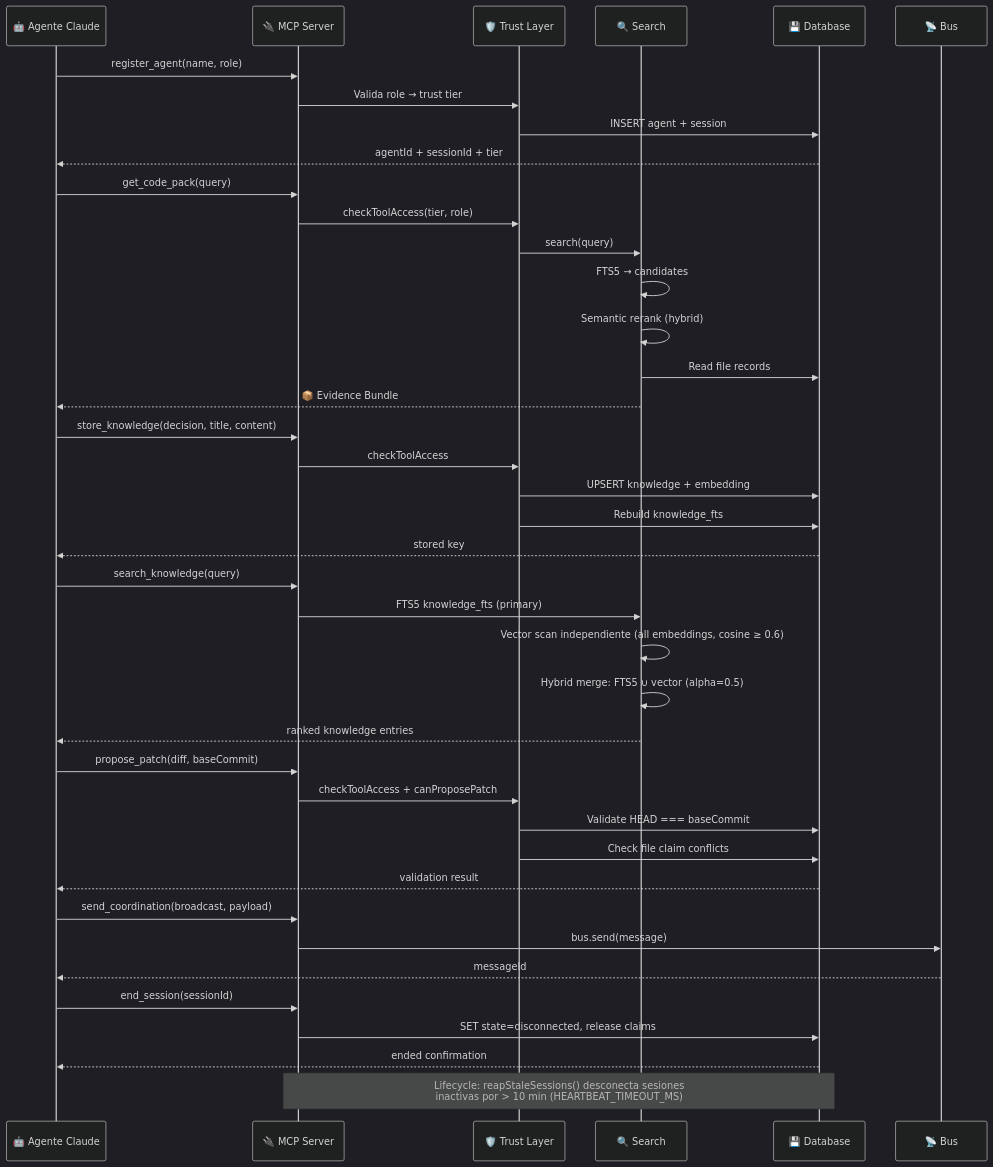
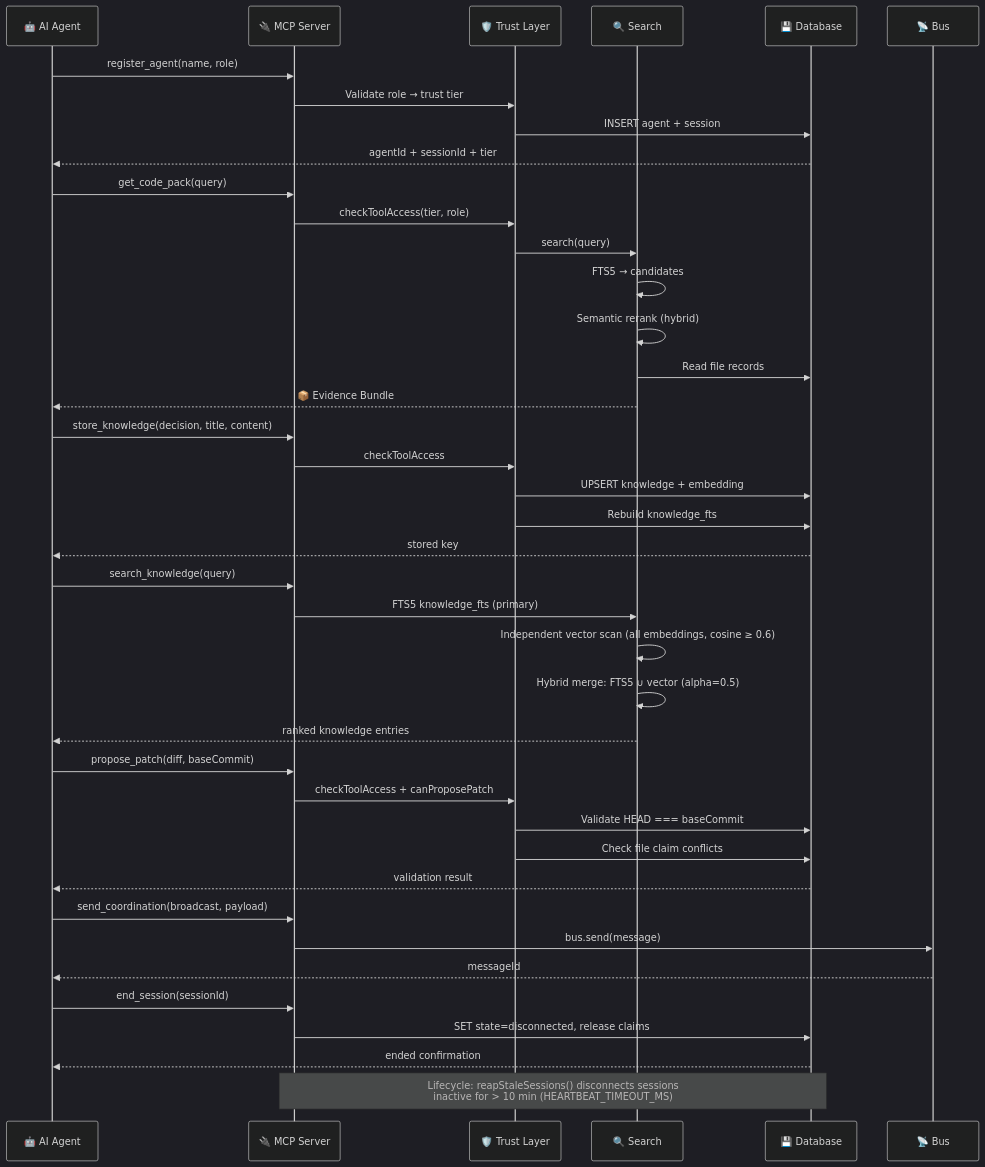
One commit to xpm-cmd/Monsthera changed the second of 4 diagrams in docs/architecture.md. Above: the diagram before and after it, drawn with Mermaid (dark theme). The commit also changed other lines of this file and 10 other files, not shown here.

````diff
--- a/docs/architecture.md
+++ b/docs/architecture.md
@@ -131,50 +131,50 @@
 ```mermaid
 sequenceDiagram
-    participant A as 🤖 Agente Claude
+    participant A as 🤖 AI Agent
     participant M as 🔌 MCP Server
     participant T as 🛡️ Trust Layer
     participant S as 🔍 Search
     participant D as 💾 Database
     participant B as 📡 Bus
 
     A->>M: register_agent(name, role)
-    M->>T: Valida role → trust tier
+    M->>T: Validate role → trust tier
     T->>D: INSERT agent + session
     D-->>A: agentId + sessionId + tier
 
     A->>M: get_code_pack(query)
     M->>T: checkToolAccess(tier, role)
     T->>S: search(query)
     S->>S: FTS5 → candidates
     S->>S: Semantic rerank (hybrid)
     S->>D: Read file records
     S-->>A: 📦 Evidence Bundle
 
     A->>M: store_knowledge(decision, title, content)
     M->>T: checkToolAccess
     T->>D: UPSERT knowledge + embedding
     T->>D: Rebuild knowledge_fts
     D-->>A: stored key
 
     A->>M: search_knowledge(query)
     M->>S: FTS5 knowledge_fts (primary)
-    S->>S: Vector scan independiente (all embeddings, cosine ≥ 0.6)
+    S->>S: Independent vector scan (all embeddings, cosine ≥ 0.6)
     S->>S: Hybrid merge: FTS5 ∪ vector (alpha=0.5)
     S-->>A: ranked knowledge entries
 
     A->>M: propose_patch(diff, baseCommit)
     M->>T: checkToolAccess + canProposePatch
     T->>D: Validate HEAD === baseCommit
     T->>D: Check file claim conflicts
     D-->>A: validation result
 
     A->>M: send_coordination(broadcast, payload)
     M->>B: bus.send(message)
     B-->>A: messageId
 
     A->>M: end_session(sessionId)
     M->>D: SET state=disconnected, release claims
     D-->>A: ended confirmation
 
-    Note over M,D: Lifecycle: reapStaleSessions() desconecta sesiones<br/>inactivas por > 10 min (HEARTBEAT_TIMEOUT_MS)
+    Note over M,D: Lifecycle: reapStaleSessions() disconnects sessions<br/>inactive for > 10 min (HEARTBEAT_TIMEOUT_MS)
 ```
````
